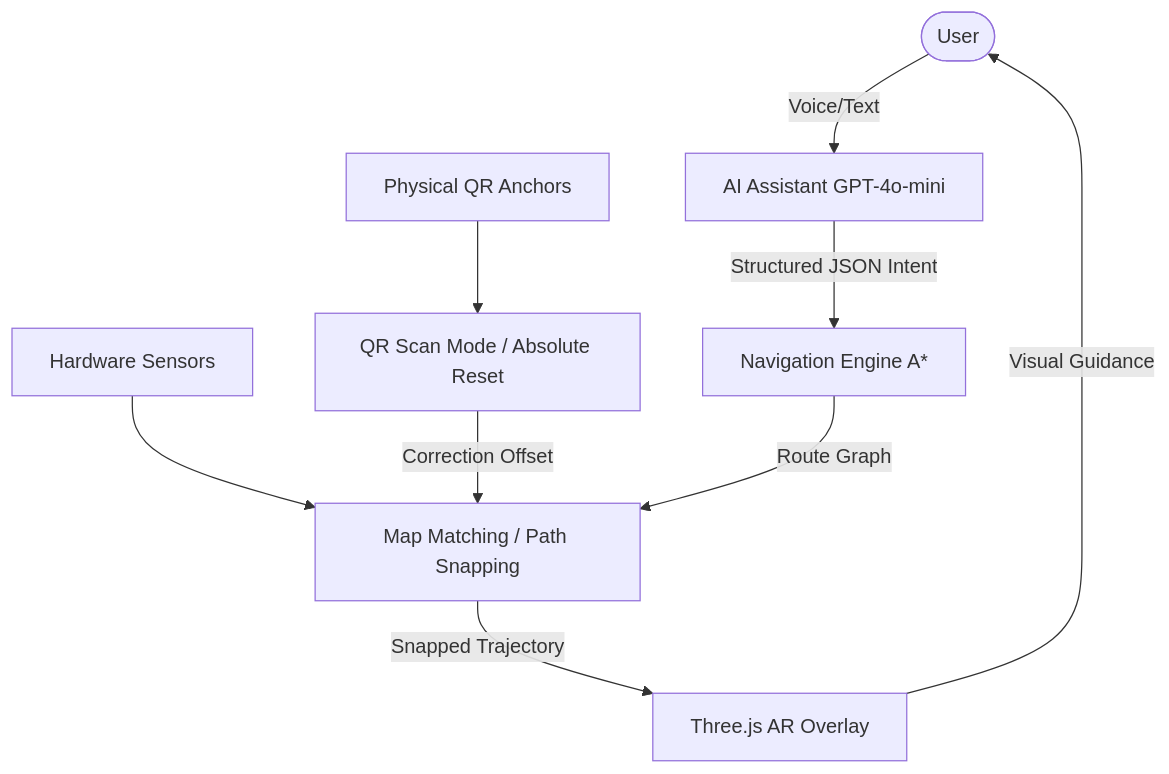
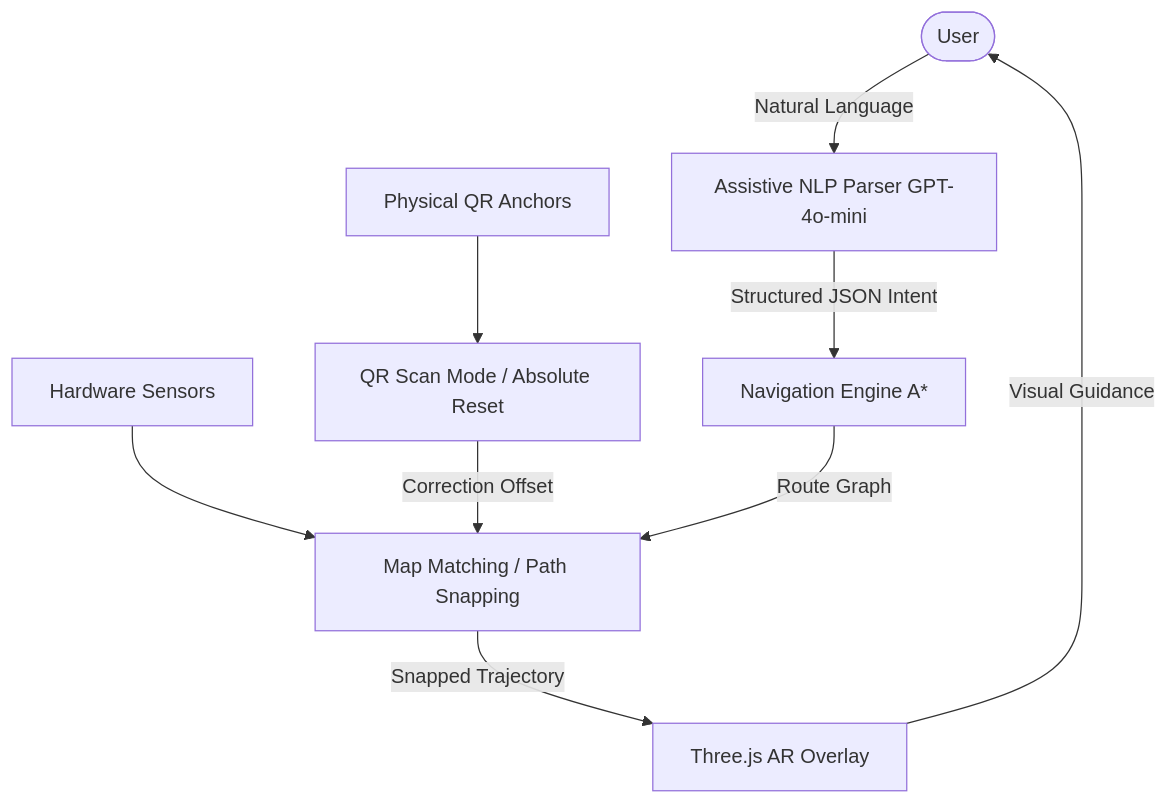
One commit to shivansh-kaushik/GAMEMNNIT changed the diagram in README.md. Above: the diagram before and after it, drawn with Mermaid. The commit also changed other lines of this file and 1 other file, not shown here.

````diff
--- a/README.md
+++ b/README.md
@@ -131,11 +136,11 @@
 ```mermaid
 graph TD
-    User([User]) -->|Voice/Text| AI[AI Assistant GPT-4o-mini]
+    User([User]) -->|Natural Language| AI[Assistive NLP Parser GPT-4o-mini]
     AI -->|Structured JSON Intent| Nav["Navigation Engine A*"]
     Sensors[Hardware Sensors] --> Snap[Map Matching / Path Snapping]
     QR[Physical QR Anchors] --> Scan[QR Scan Mode / Absolute Reset]
     Scan -->|Correction Offset| Snap
     Snap -->|Snapped Trajectory| AR[Three.js AR Overlay]
     Nav -->|Route Graph| Snap
     AR -->|Visual Guidance| User
 ```
````
